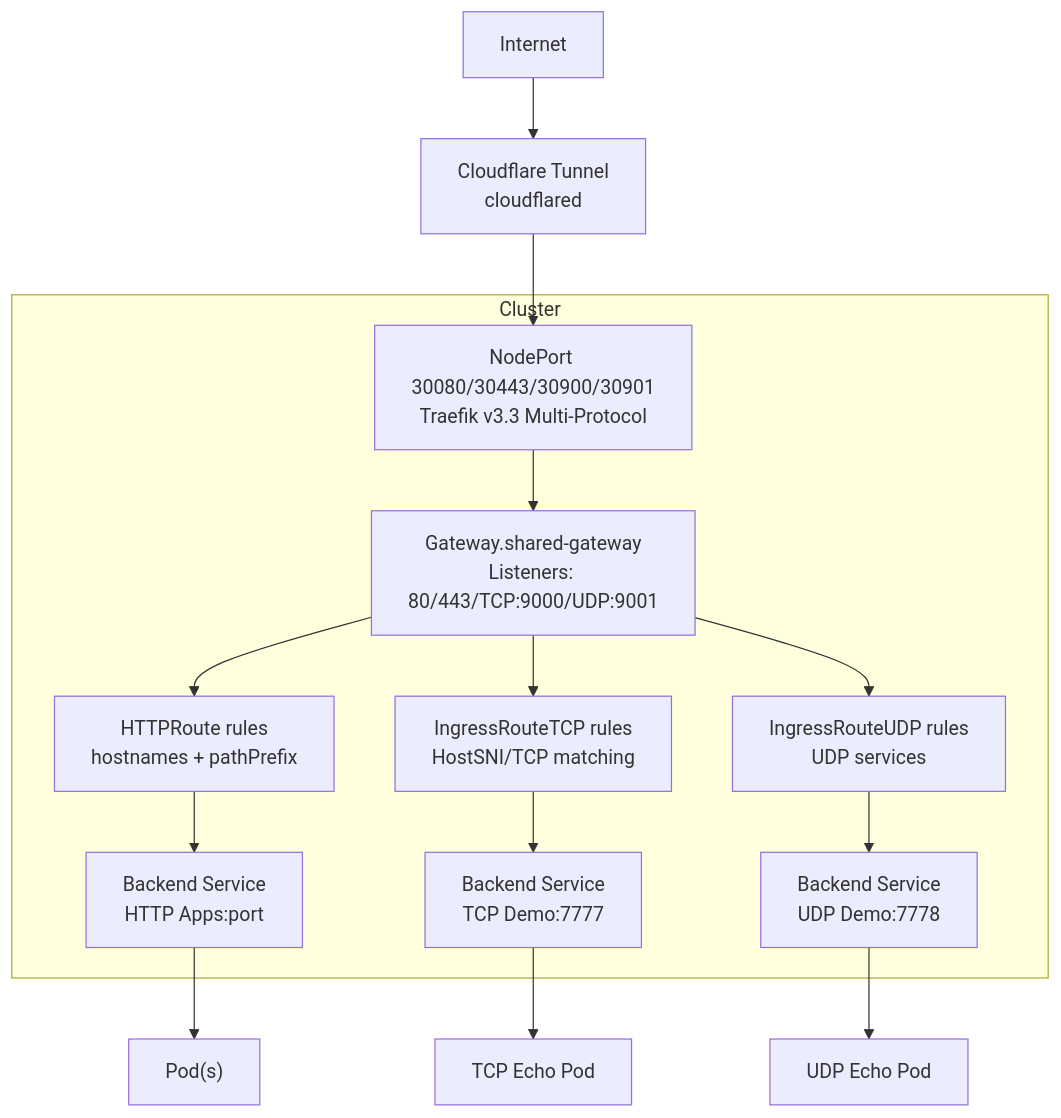
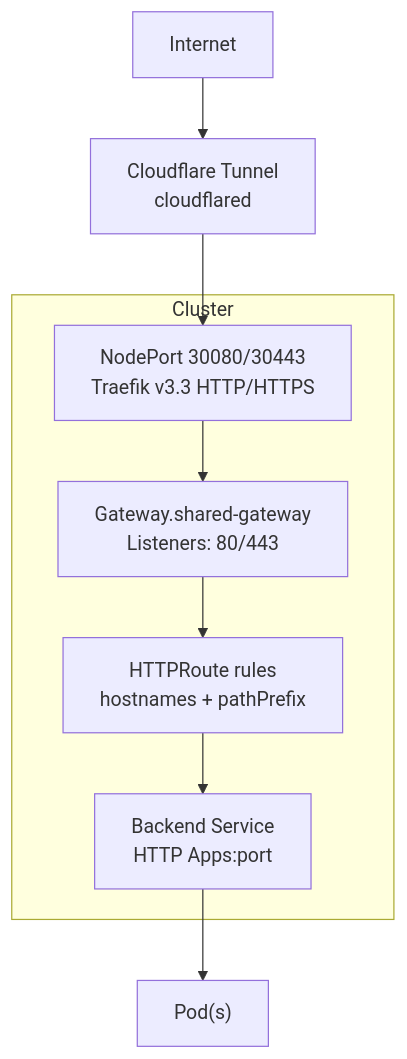
Before and after one commit to Hoangvu75/k8s_manifest: the second of 12 diagrams in .qoder/repowiki/en/content/Infrastructure Applications/Gateway API Controller.md, drawn with Mermaid. The commit also changed other lines of this file and 10 other files, not shown here.

````diff
--- a/.qoder/repowiki/en/content/Infrastructure Applications/Gateway API Controller.md
+++ b/.qoder/repowiki/en/content/Infrastructure Applications/Gateway API Controller.md
@@ -153,25 +155,15 @@
 ```mermaid
 graph TB
 INT["Internet"] --> CF["Cloudflare Tunnel<br/>cloudflared"]
-CF --> NP["NodePort 30080/30443/30900/30901<br/>Traefik v3.3 Multi-Protocol"]
-NP --> GW["Gateway.shared-gateway<br/>Listeners: 80/443/TCP:9000/UDP:9001"]
+CF --> NP["NodePort 30080/30443<br/>Traefik v3.3 HTTP/HTTPS"]
+NP --> GW["Gateway.shared-gateway<br/>Listeners: 80/443"]
 GW --> HTTP_ROUTE["HTTPRoute rules<br/>hostnames + pathPrefix"]
-GW --> TCP_ROUTE["IngressRouteTCP rules<br/>HostSNI/TCP matching"]
-GW --> UDP_ROUTE["IngressRouteUDP rules<br/>UDP services"]
 HTTP_ROUTE --> SVC_HTTP["Backend Service<br/>HTTP Apps:port"]
-TCP_ROUTE --> SVC_TCP["Backend Service<br/>TCP Demo:7777"]
-UDP_ROUTE --> SVC_UDP["Backend Service<br/>UDP Demo:7778"]
 SVC_HTTP --> POD_HTTP["Pod(s)"]
-SVC_TCP --> POD_TCP["TCP Echo Pod"]
-SVC_UDP --> POD_UDP["UDP Echo Pod"]
 subgraph "Cluster"
 NP
 GW
 HTTP_ROUTE
-TCP_ROUTE
-UDP_ROUTE
 SVC_HTTP
-SVC_TCP
-SVC_UDP
 end
 ```
````
